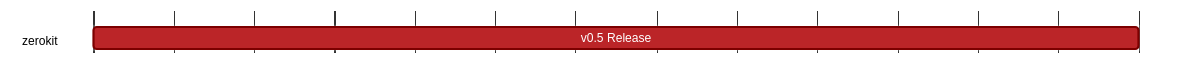
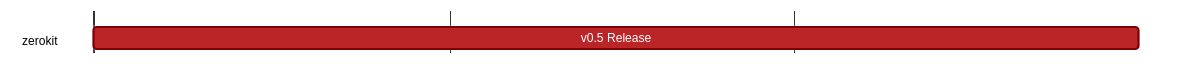
One commit to logos-co/roadmap changed the diagram in content/vac/acz/zerokit/vac/zerokit-v0-5.md. Above: the diagram before and after it, drawn with Mermaid.

Commit message:
Vac ACZ roadmap update

````diff
--- a/content/vac/acz/zerokit/vac/zerokit-v0-5.md
+++ b/content/vac/acz/zerokit/vac/zerokit-v0-5.md
@@ -6,19 +6,20 @@
 ```mermaid
 %%{ 
   init: { 
     'theme': 'base', 
     'themeVariables': { 
       'primaryColor': '#BB2528', 
       'primaryTextColor': '#fff', 
       'primaryBorderColor': '#7C0000', 
       'lineColor': '#F8B229', 
       'secondaryColor': '#006100', 
       'tertiaryColor': '#fff' 
     } 
   } 
 }%%
 gantt
-	dateFormat YYYY-MM-DD 
+  tickInterval 1month
+	dateFormat YYYY-MM-DD
 	section zerokit
 		v0.5 Release: 2023-10-01, 2023-12-31
 ```
````
